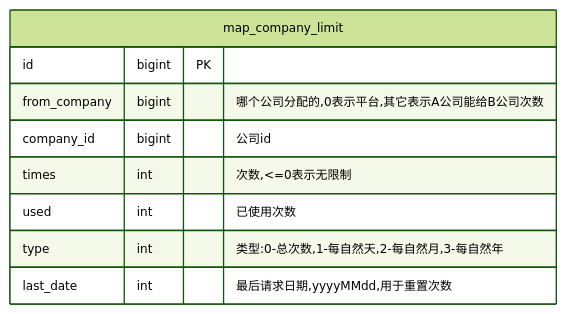
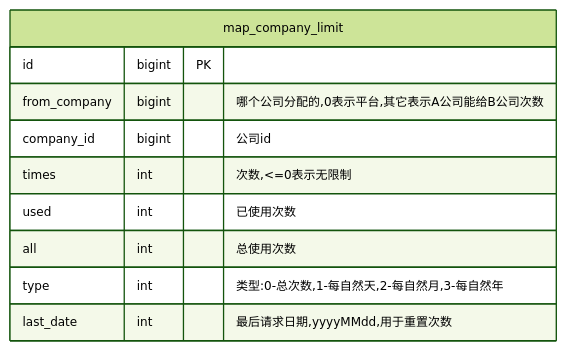
Before and after one commit to luoyh/obsidian-sync: the third of 6 diagrams in tqbb/Map.md, drawn with Mermaid. The commit also changed other lines of this file, not shown here.

````diff
--- a/tqbb/Map.md
+++ b/tqbb/Map.md
@@ -73,28 +74,29 @@
 ```mermaid
 %%{
     init: {
         'theme': 'forest', 
         'themeVariables': { 
             'fontSize': '12px', 
             'fontFamily': 'Consolas',  
             'primaryColor': '#BB2528', 
             'primaryTextColor': '#fff', 
             'primaryBorderColor': '#7C0000', 
             'lineColor': '#F8B229', 
             'secondaryColor': '#006100', 
             'tertiaryColor': '#fff'
         }
     }
 }%%
 
 erDiagram
     map_company_limit {
       id bigint PK
       from_company bigint "哪个公司分配的,0表示平台,其它表示A公司能给B公司次数"
       company_id bigint "公司id"
       times int "次数,<=0表示无限制"
       used int "已使用次数"
+      all int "总使用次数"
       type int "类型:0-总次数,1-每自然天,2-每自然月,3-每自然年"
       last_date int "最后请求日期,yyyyMMdd,用于重置次数"
     }
 ```
````
